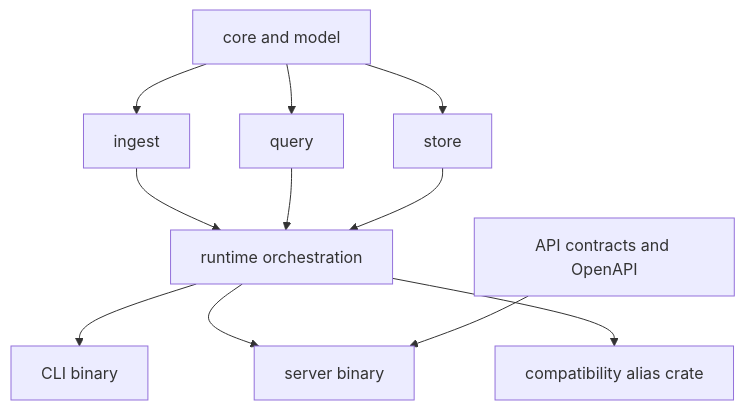
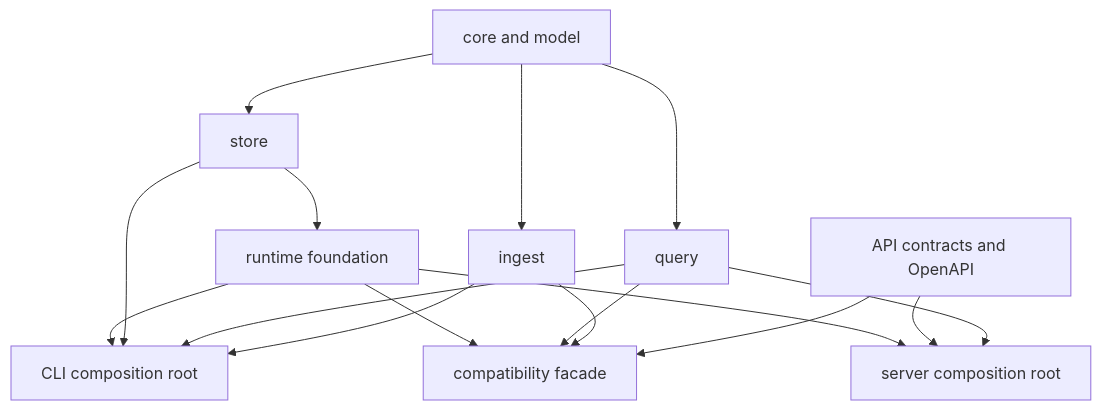
Before and after one commit to bijux/bijux-atlas: the second of 6 diagrams in docs/bijux-atlas/index.md, drawn with Mermaid. The commit also changed other lines of this file and 2 other files, not shown here.

Commit message:
docs(entrypoints): separate dataset and service authority

````diff
--- a/docs/bijux-atlas/index.md
+++ b/docs/bijux-atlas/index.md
@@ -53,13 +54,18 @@
 ```mermaid
 flowchart TB
     Core[core and model] --> Ingest[ingest]
     Core --> Query[query]
     Core --> Store[store]
-    Ingest --> Runtime[runtime orchestration]
-    Query --> Runtime
-    Store --> Runtime
-    Runtime --> CLI[CLI binary]
-    Runtime --> Server[server binary]
+    Store --> Runtime[runtime foundation]
+    Ingest --> CLI[CLI composition root]
+    Query --> CLI
+    Store --> CLI
+    Runtime --> CLI
+    Query --> Server[server composition root]
     API[API contracts and OpenAPI] --> Server
-    Runtime --> Compat[compatibility alias crate]
+    Runtime --> Server
+    API --> Compat[compatibility facade]
+    Ingest --> Compat
+    Query --> Compat
+    Runtime --> Compat
 ```
````
